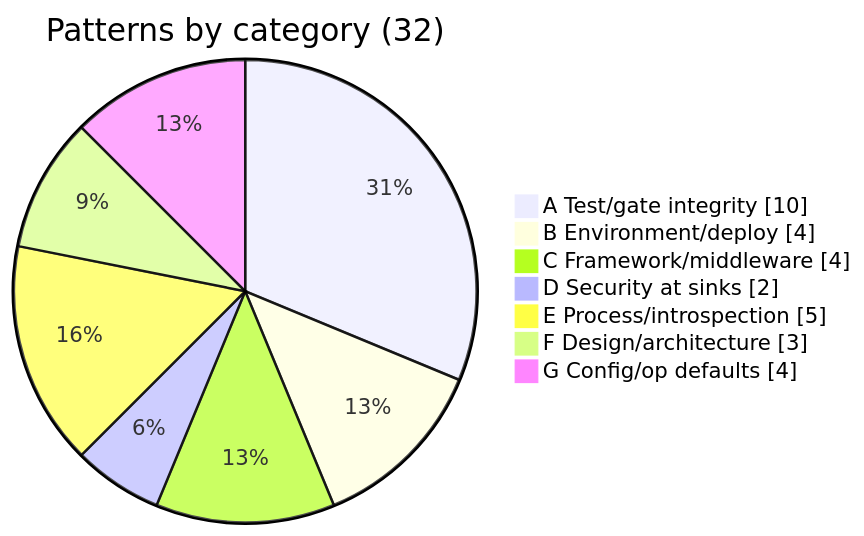
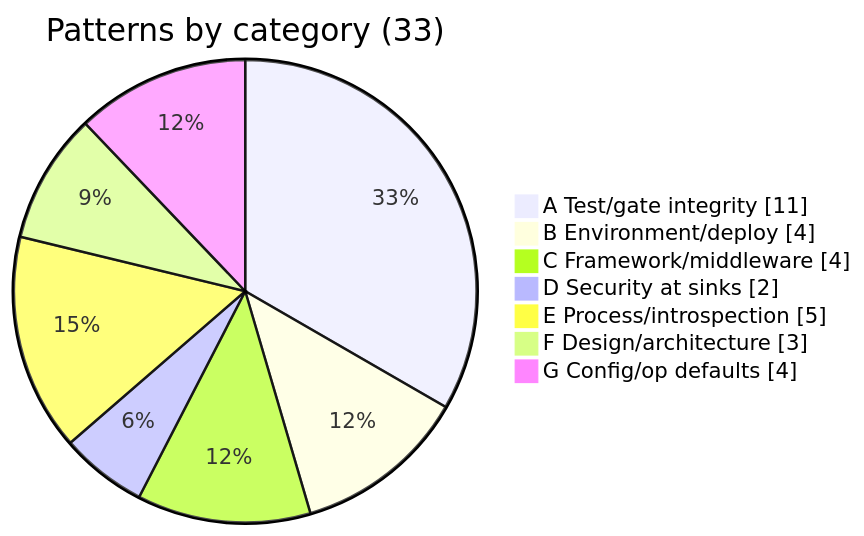
Before and after one commit to pranems/SCIMServer: the second of 2 diagrams in docs/strategy/ENGINEERING_LESSONS_AND_PATTERNS.md, drawn with Mermaid. The commit also changed other lines of this file and 38 other files, not shown here.

First line of the commit message:
fix(scim): enforce schema uniqueness at repository commit

````diff
--- a/docs/strategy/ENGINEERING_LESSONS_AND_PATTERNS.md
+++ b/docs/strategy/ENGINEERING_LESSONS_AND_PATTERNS.md
@@ -118,11 +118,11 @@
 ```mermaid
 pie showData
-    title Patterns by category (32)
-    "A Test/gate integrity" : 10
+    title Patterns by category (33)
+    "A Test/gate integrity" : 11
     "B Environment/deploy" : 4
     "C Framework/middleware" : 4
     "D Security at sinks" : 2
     "E Process/introspection" : 5
     "F Design/architecture" : 3
     "G Config/op defaults" : 4
 ```
````
